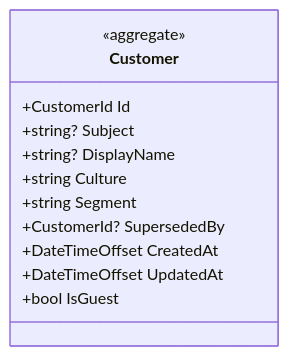
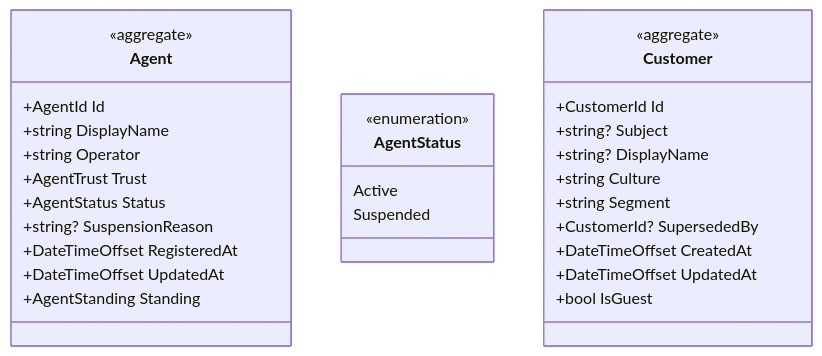
One commit to juanluelguerre/tendero changed the ninth of 12 diagrams in docs/domain-model.md. Above: the diagram before and after it, drawn with Mermaid. The commit also changed other lines of this file and 24 other files, not shown here.

First line of the commit message:
feat(accounts): the agent registry, and the standing an agent carries (P11-2)

````diff
--- a/docs/domain-model.md
+++ b/docs/domain-model.md
@@ -639,15 +639,32 @@
 ```mermaid
 classDiagram
+    class Agent {
+        <<aggregate>>
+        +AgentId Id
+        +string DisplayName
+        +string Operator
+        +AgentTrust Trust
+        +AgentStatus Status
+        +string? SuspensionReason
+        +DateTimeOffset RegisteredAt
+        +DateTimeOffset UpdatedAt
+        +AgentStanding Standing
+    }
+    class AgentStatus {
+        <<enumeration>>
+        Active
+        Suspended
+    }
     class Customer {
         <<aggregate>>
         +CustomerId Id
         +string? Subject
         +string? DisplayName
         +string Culture
         +string Segment
         +CustomerId? SupersededBy
         +DateTimeOffset CreatedAt
         +DateTimeOffset UpdatedAt
         +bool IsGuest
     }
 ```
````
